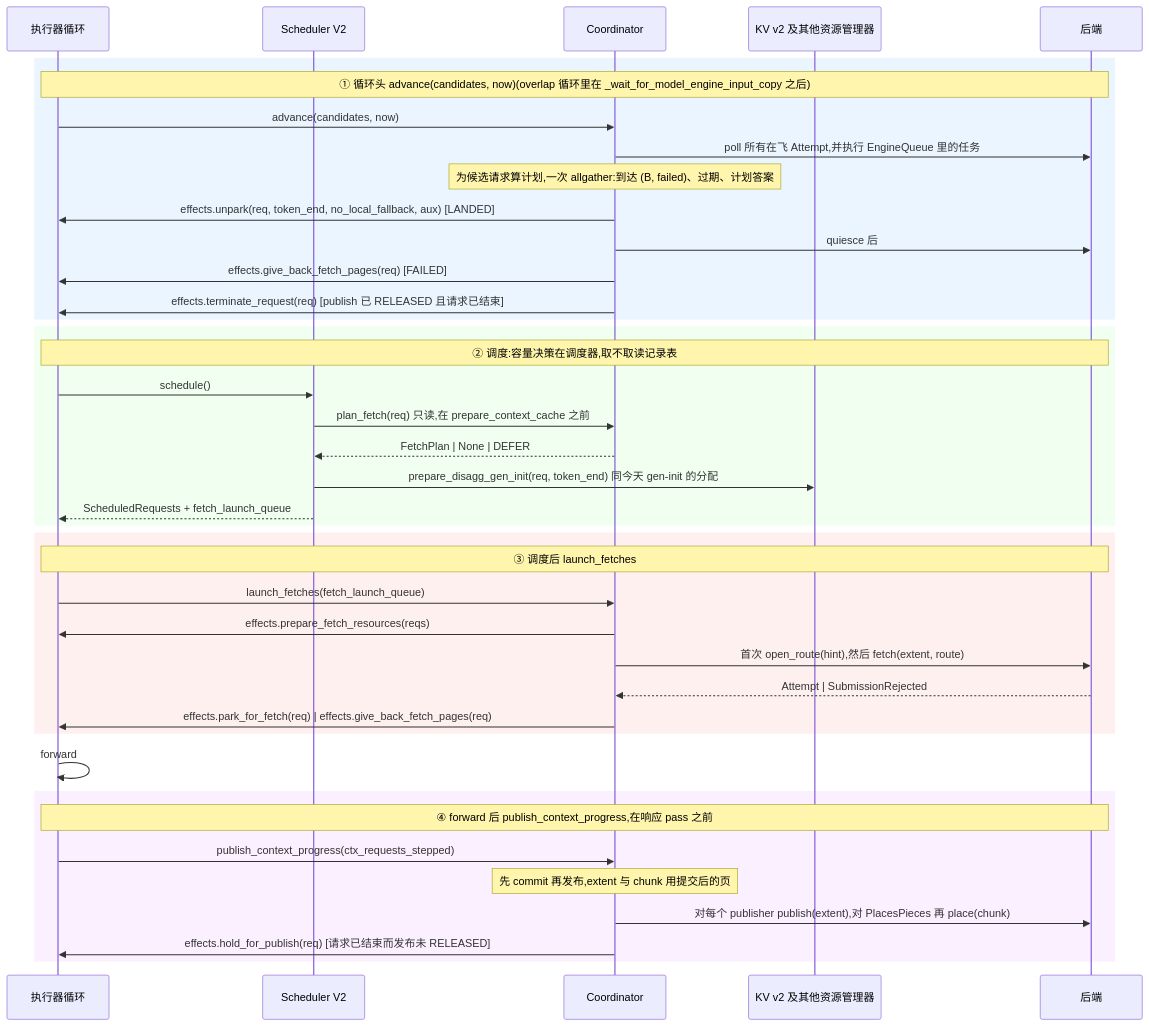
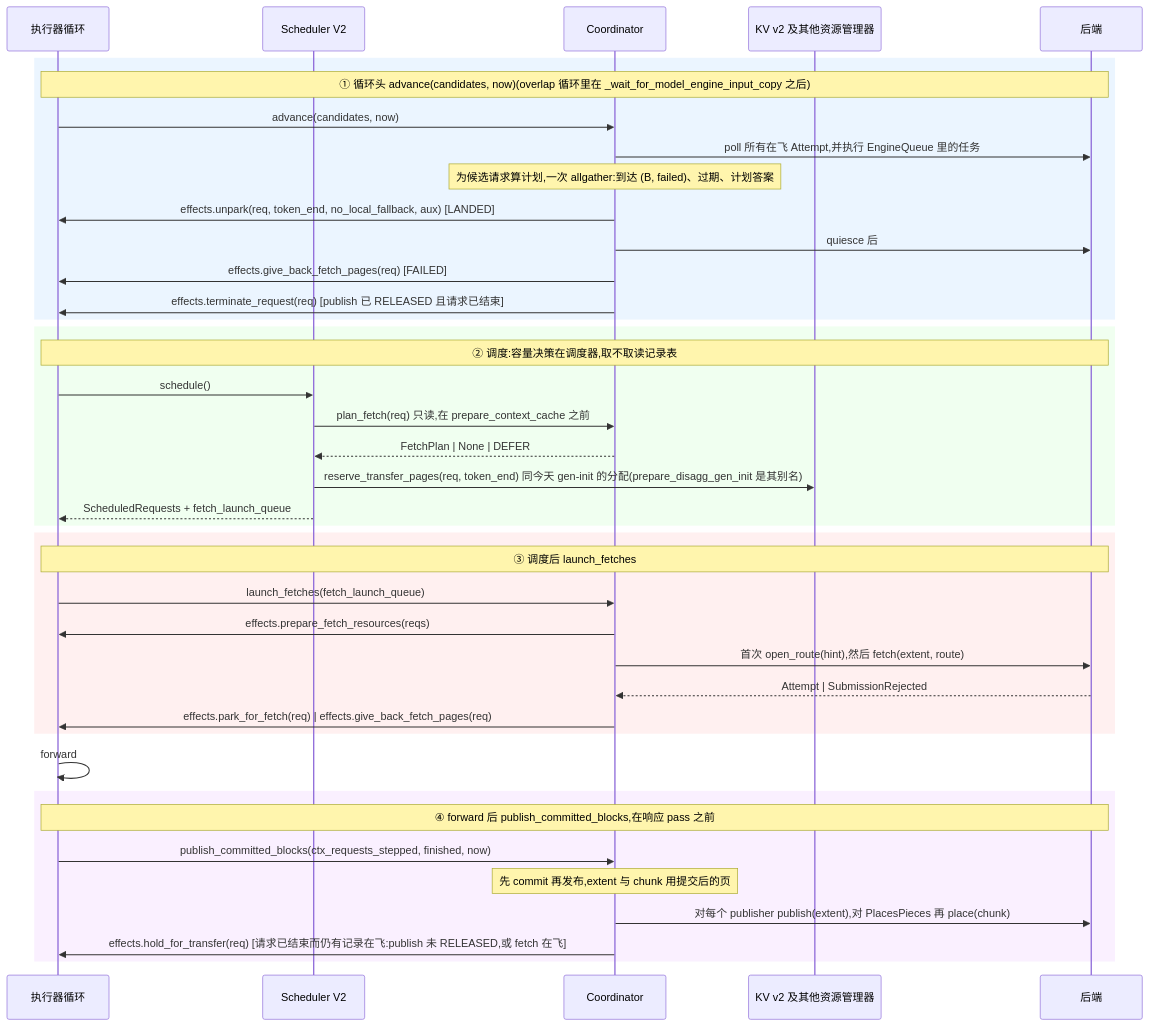
Before and after one commit to chuangz0/TensorRT-LLM: the third of 6 diagrams in docs/shared/KV_TRANSFER_COORDINATOR_DESIGN.zh.md, drawn with Mermaid. The commit also changed other lines of this file and 50 other files, not shown here.

````diff
--- a/docs/shared/KV_TRANSFER_COORDINATOR_DESIGN.zh.md
+++ b/docs/shared/KV_TRANSFER_COORDINATOR_DESIGN.zh.md
@@ -171,47 +171,47 @@
 ```mermaid
 sequenceDiagram
     participant L as 执行器循环
     participant S as Scheduler V2
     participant C as Coordinator
     participant KV as KV v2 及其他资源管理器
     participant BE as 后端
 
     rect rgb(235, 245, 255)
     Note over L,BE: ① 循环头 advance(candidates, now)(overlap 循环里在 _wait_for_model_engine_input_copy 之后)
     L->>C: advance(candidates, now)
     C->>BE: poll 所有在飞 Attempt,并执行 EngineQueue 里的任务
     Note over C: 为候选请求算计划,一次 allgather:到达 (B, failed)、过期、计划答案
     C->>L: effects.unpark(req, token_end, no_local_fallback, aux)  [LANDED]
     C->>BE: quiesce 后
     C->>L: effects.give_back_fetch_pages(req)  [FAILED]
     C->>L: effects.terminate_request(req)  [publish 已 RELEASED 且请求已结束]
     end
 
     rect rgb(240, 255, 240)
     Note over L,BE: ② 调度:容量决策在调度器,取不取读记录表
     L->>S: schedule()
     S->>C: plan_fetch(req)  只读,在 prepare_context_cache 之前
     C-->>S: FetchPlan | None | DEFER
-    S->>KV: prepare_disagg_gen_init(req, token_end)  同今天 gen-init 的分配
+    S->>KV: reserve_transfer_pages(req, token_end)  同今天 gen-init 的分配(prepare_disagg_gen_init 是其别名)
     S-->>L: ScheduledRequests + fetch_launch_queue
     end
 
     rect rgb(255, 240, 240)
     Note over L,BE: ③ 调度后 launch_fetches
     L->>C: launch_fetches(fetch_launch_queue)
     C->>L: effects.prepare_fetch_resources(reqs)
     C->>BE: 首次 open_route(hint),然后 fetch(extent, route)
     BE-->>C: Attempt | SubmissionRejected
     C->>L: effects.park_for_fetch(req) | effects.give_back_fetch_pages(req)
     end
 
     L->>L: forward
 
     rect rgb(250, 240, 255)
-    Note over L,BE: ④ forward 后 publish_context_progress,在响应 pass 之前
-    L->>C: publish_context_progress(ctx_requests_stepped)
+    Note over L,BE: ④ forward 后 publish_committed_blocks,在响应 pass 之前
+    L->>C: publish_committed_blocks(ctx_requests_stepped, finished, now)
     Note over C: 先 commit 再发布,extent 与 chunk 用提交后的页
     C->>BE: 对每个 publisher publish(extent),对 PlacesPieces 再 place(chunk)
-    C->>L: effects.hold_for_publish(req)  [请求已结束而发布未 RELEASED]
+    C->>L: effects.hold_for_transfer(req)  [请求已结束而仍有记录在飞:publish 未 RELEASED,或 fetch 在飞]
     end
 ```
````
